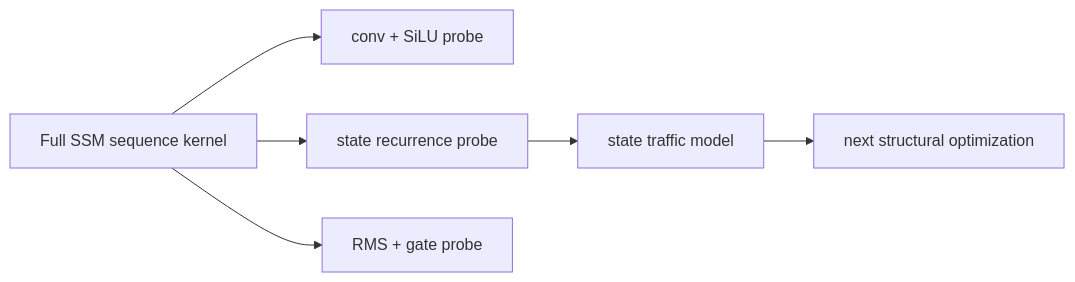
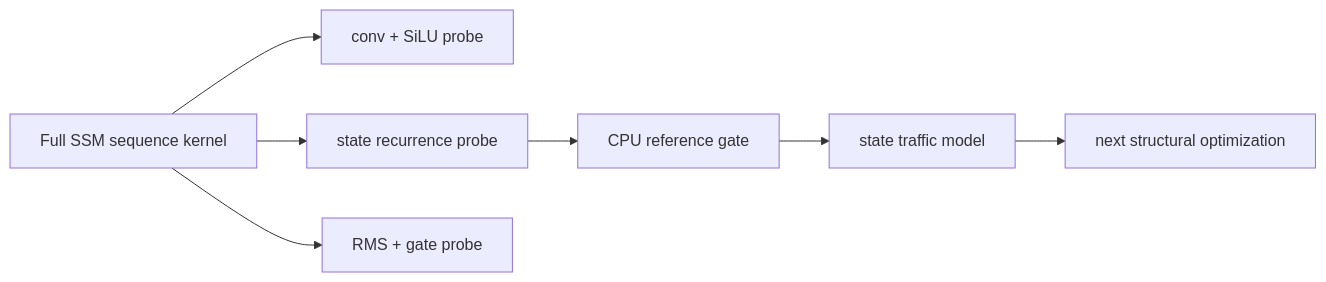
Before and after one commit to 1amageek/swift-lm: diagram 21 of 25 in docs/development/hybrid-prefill-progress.md, drawn with Mermaid. The commit also changed other lines of this file and 1 other file, not shown here.

Commit message:
Add SSM state recurrence CPU reference gate

````diff
--- a/docs/development/hybrid-prefill-progress.md
+++ b/docs/development/hybrid-prefill-progress.md
@@ -1604,8 +1609,9 @@
 ```mermaid
 flowchart LR
   A["Full SSM sequence kernel"] --> B["conv + SiLU probe"]
   A --> C["state recurrence probe"]
   A --> D["RMS + gate probe"]
-  C --> E["state traffic model"]
-  E --> F["next structural optimization"]
+  C --> E["CPU reference gate"]
+  E --> F["state traffic model"]
+  F --> G["next structural optimization"]
 ```
````
